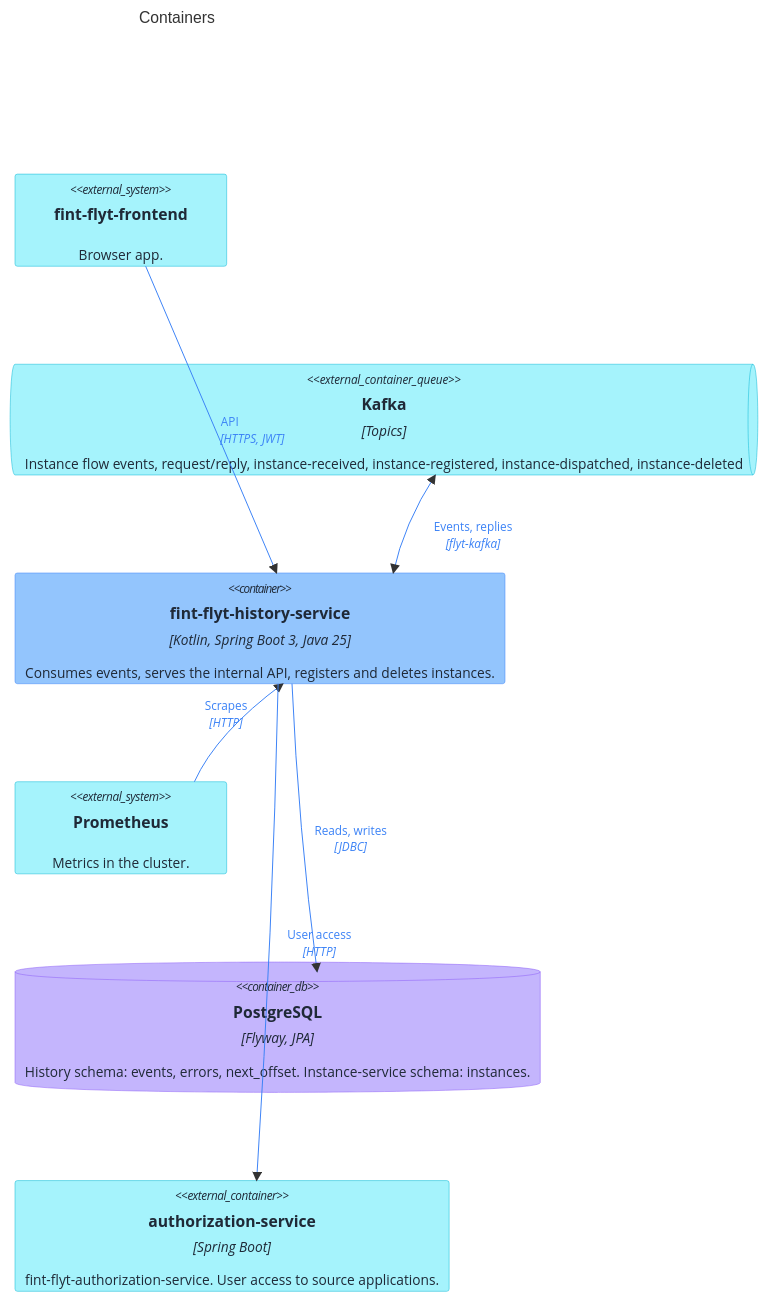
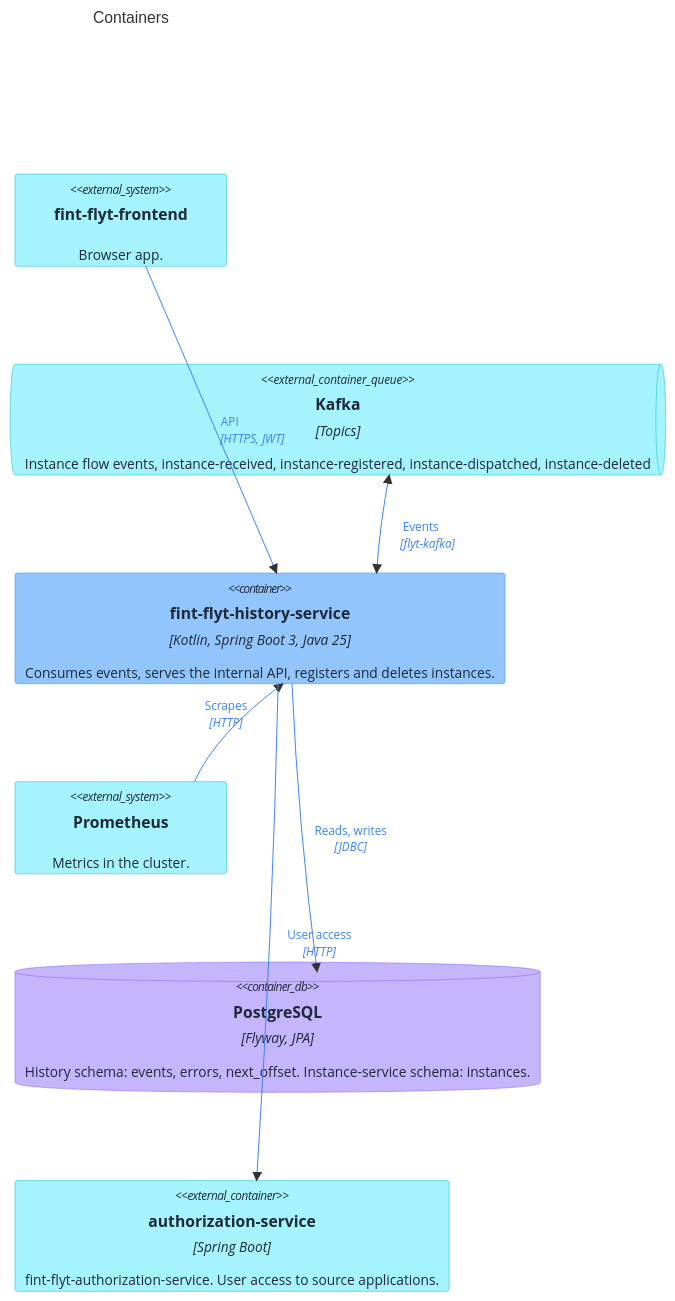
One commit to FINTLabs/fint-flyt-history-service changed the second of 7 diagrams in docs/architecture.md. Above: the diagram before and after it, drawn with Mermaid. The commit also changed other lines of this file and 4 other files, not shown here.

First line of the commit message:
refactor: remove request/reply consumers

````diff
--- a/docs/architecture.md
+++ b/docs/architecture.md
@@ -61,30 +59,30 @@
 ```mermaid
 C4Container
     title Containers
 
     System_Ext(frontend, "fint-flyt-frontend", "Browser app.")
-    ContainerQueue_Ext(kafka, "Kafka", "Topics", "Instance flow events, request/reply, instance-received, instance-registered, instance-dispatched, instance-deleted")
+    ContainerQueue_Ext(kafka, "Kafka", "Topics", "Instance flow events, instance-received, instance-registered, instance-dispatched, instance-deleted")
     Container(app, "fint-flyt-history-service", "Kotlin, Spring Boot 3, Java 25", "Consumes events, serves the internal API, registers and deletes instances.")
     System_Ext(prometheus, "Prometheus", "Metrics in the cluster.")
     ContainerDb(db, "PostgreSQL", "Flyway, JPA", "History schema: events, errors, next_offset. Instance-service schema: instances.")
     Container_Ext(authz, "authorization-service", "Spring Boot", "fint-flyt-authorization-service. User access to source applications.")
 
     Rel(frontend, app, "API", "HTTPS, JWT")
-    BiRel(app, kafka, "Events, replies", "flyt-kafka")
+    BiRel(app, kafka, "Events", "flyt-kafka")
     Rel(prometheus, app, "Scrapes", "HTTP")
     Rel(app, db, "Reads, writes", "JDBC")
     Rel(app, authz, "User access", "HTTP")
 
     UpdateRelStyle(frontend, app, $textColor="#3B82F6", $lineColor="#3B82F6", $offsetX="10")
     UpdateRelStyle(app, kafka, $textColor="#3B82F6", $lineColor="#3B82F6", $offsetX="20")
     UpdateRelStyle(prometheus, app, $textColor="#3B82F6", $lineColor="#3B82F6", $offsetX="-35", $offsetY="-30")
     UpdateRelStyle(app, db, $textColor="#3B82F6", $lineColor="#3B82F6", $offsetX="10")
     UpdateRelStyle(app, authz, $textColor="#3B82F6", $lineColor="#3B82F6", $offsetX="20")
     UpdateElementStyle(app, $bgColor="#93C5FD", $fontColor="#1F2937", $borderColor="#3B82F6")
     UpdateElementStyle(db, $bgColor="#C4B5FD", $fontColor="#1F2937", $borderColor="#8B5CF6")
     UpdateElementStyle(frontend, $bgColor="#A5F3FC", $fontColor="#1F2937", $borderColor="#06B6D4")
     UpdateElementStyle(kafka, $bgColor="#A5F3FC", $fontColor="#1F2937", $borderColor="#06B6D4")
     UpdateElementStyle(prometheus, $bgColor="#A5F3FC", $fontColor="#1F2937", $borderColor="#06B6D4")
     UpdateElementStyle(authz, $bgColor="#A5F3FC", $fontColor="#1F2937", $borderColor="#06B6D4")
     UpdateLayoutConfig($c4ShapeInRow="2", $c4BoundaryInRow="1")
 ```
````
